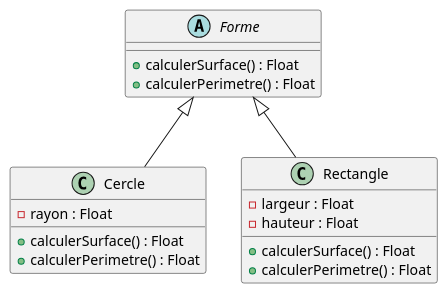
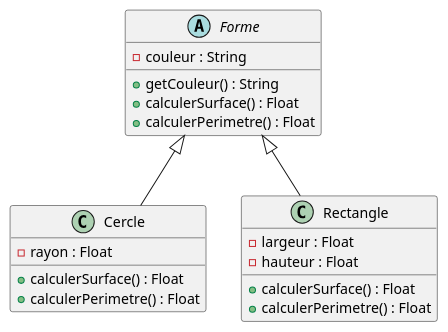
Before and after one commit to JR-CIEL-2-PROGRAMMATION/uml-learning: the first of 9 diagrams in 02-diagramme-classes/apport-de-connaissance/apport-de-connaissance.md, drawn with PlantUML. The commit also changed other lines of this file, not shown here.

First line of the commit message:
Enrichir l'apport de connaissance du diagramme de classes

````diff
--- a/02-diagramme-classes/apport-de-connaissance/apport-de-connaissance.md
+++ b/02-diagramme-classes/apport-de-connaissance/apport-de-connaissance.md
@@ -52,21 +103,23 @@
 ```plantuml
 @startuml
 abstract class Forme {
+    - couleur : String
+    + getCouleur() : String
     + calculerSurface() : Float
     + calculerPerimetre() : Float
 }
 class Cercle {
     - rayon : Float
     + calculerSurface() : Float
     + calculerPerimetre() : Float
 }
 class Rectangle {
     - largeur : Float
     - hauteur : Float
     + calculerSurface() : Float
     + calculerPerimetre() : Float
 }
 Forme <|-- Cercle
 Forme <|-- Rectangle
 @enduml
 ```
````
